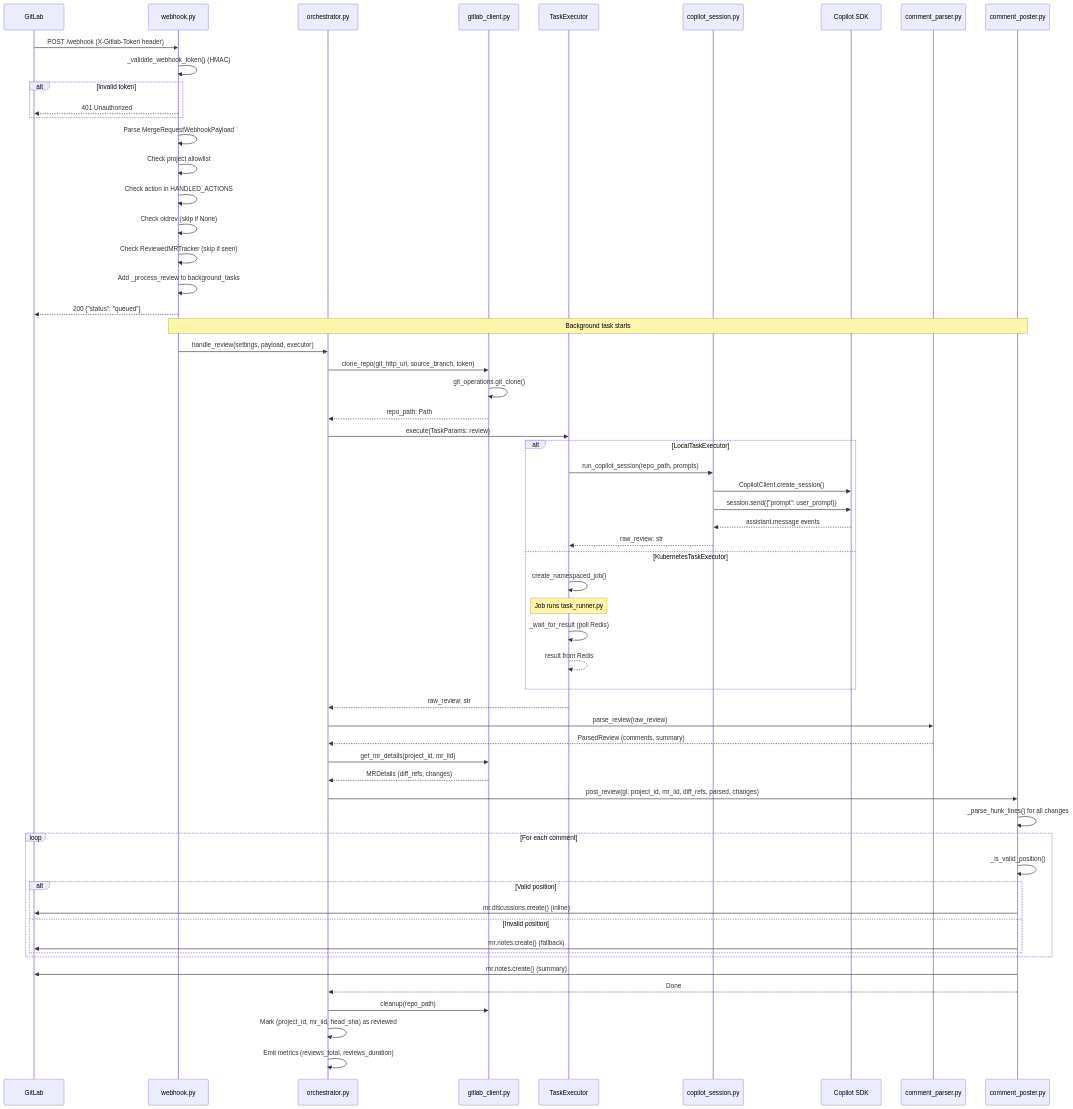
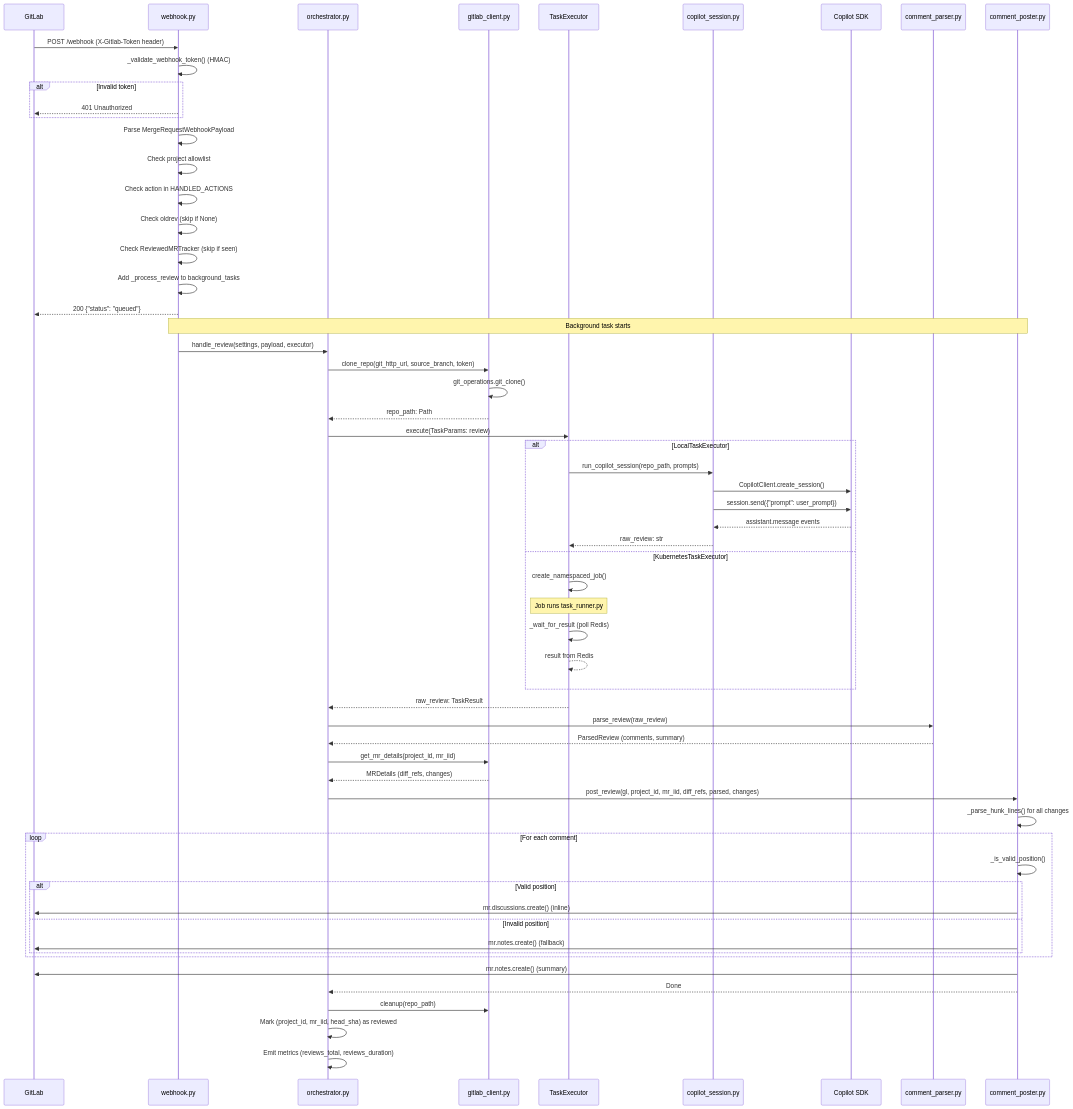
Before and after one commit to peteroden/gitlab-copilot-agent: the first of 5 diagrams in docs/wiki/request-flows.md, drawn with Mermaid. The commit also changed other lines of this file and 6 other files, not shown here.

````diff
--- a/docs/wiki/request-flows.md
+++ b/docs/wiki/request-flows.md
@@ -11,72 +11,72 @@
 ```mermaid
 sequenceDiagram
     participant GL as GitLab
     participant WH as webhook.py
     participant ORCH as orchestrator.py
     participant GLCL as gitlab_client.py
     participant EXEC as TaskExecutor
     participant COP as copilot_session.py
     participant SDK as Copilot SDK
     participant PARSE as comment_parser.py
     participant POST as comment_poster.py
     
     GL->>WH: POST /webhook (X-Gitlab-Token header)
     WH->>WH: _validate_webhook_token() (HMAC)
     alt Invalid token
         WH-->>GL: 401 Unauthorized
     end
     
     WH->>WH: Parse MergeRequestWebhookPayload
     WH->>WH: Check project allowlist
     WH->>WH: Check action in HANDLED_ACTIONS
     WH->>WH: Check oldrev (skip if None)
     WH->>WH: Check ReviewedMRTracker (skip if seen)
     
     WH->>WH: Add _process_review to background_tasks
     WH-->>GL: 200 {"status": "queued"}
     
     Note over WH,POST: Background task starts
     
     WH->>ORCH: handle_review(settings, payload, executor)
     ORCH->>GLCL: clone_repo(git_http_url, source_branch, token)
     GLCL->>GLCL: git_operations.git_clone()
     GLCL-->>ORCH: repo_path: Path
     
     ORCH->>EXEC: execute(TaskParams: review)
     alt LocalTaskExecutor
         EXEC->>COP: run_copilot_session(repo_path, prompts)
         COP->>SDK: CopilotClient.create_session()
         COP->>SDK: session.send({"prompt": user_prompt})
         SDK-->>COP: assistant.message events
         COP-->>EXEC: raw_review: str
     else KubernetesTaskExecutor
         EXEC->>EXEC: create_namespaced_job()
         Note over EXEC: Job runs task_runner.py
         EXEC->>EXEC: _wait_for_result (poll Redis)
         EXEC-->>EXEC: result from Redis
     end
-    EXEC-->>ORCH: raw_review: str
+    EXEC-->>ORCH: raw_review: TaskResult
     
     ORCH->>PARSE: parse_review(raw_review)
     PARSE-->>ORCH: ParsedReview (comments, summary)
     
     ORCH->>GLCL: get_mr_details(project_id, mr_iid)
     GLCL-->>ORCH: MRDetails (diff_refs, changes)
     
     ORCH->>POST: post_review(gl, project_id, mr_iid, diff_refs, parsed, changes)
     POST->>POST: _parse_hunk_lines() for all changes
     loop For each comment
         POST->>POST: _is_valid_position()
         alt Valid position
             POST->>GL: mr.discussions.create() (inline)
         else Invalid position
             POST->>GL: mr.notes.create() (fallback)
         end
     end
     POST->>GL: mr.notes.create() (summary)
     POST-->>ORCH: Done
     
     ORCH->>GLCL: cleanup(repo_path)
     ORCH->>ORCH: Mark (project_id, mr_iid, head_sha) as reviewed
     ORCH->>ORCH: Emit metrics (reviews_total, reviews_duration)
 ```
````
